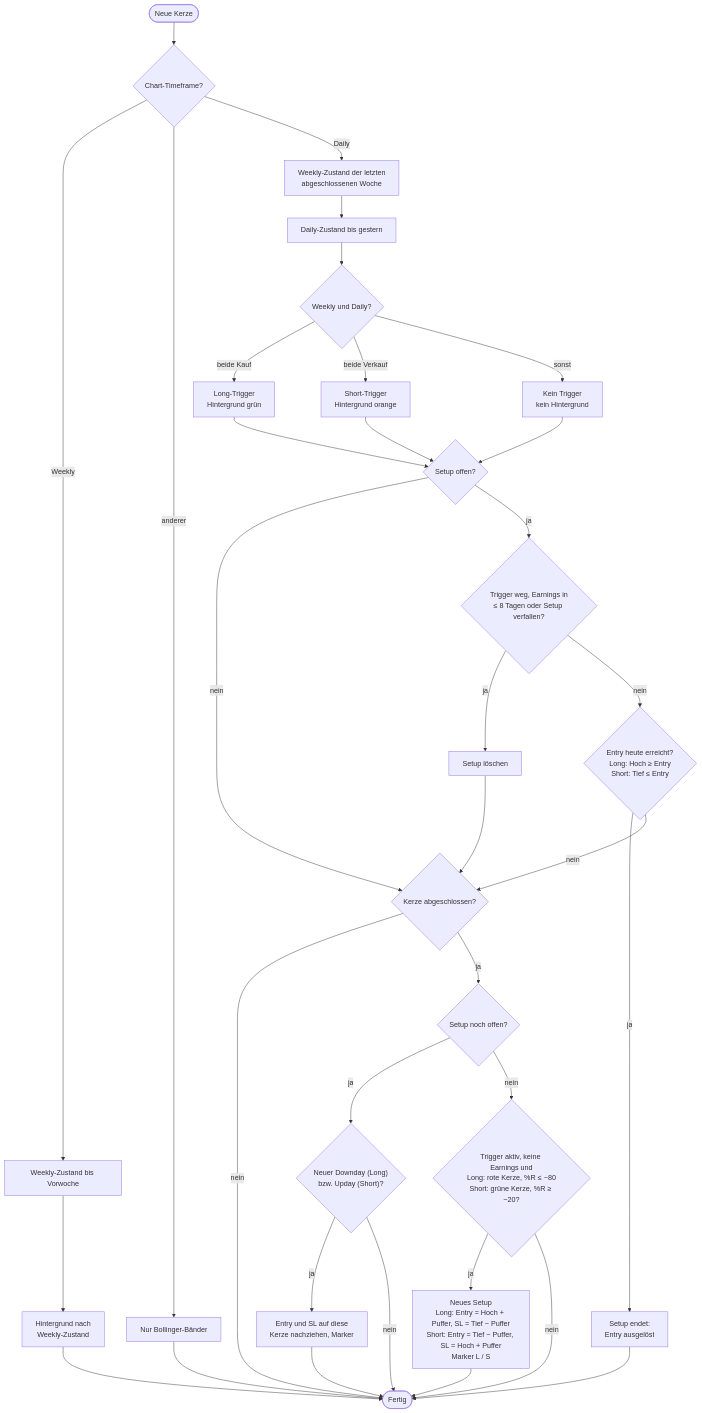
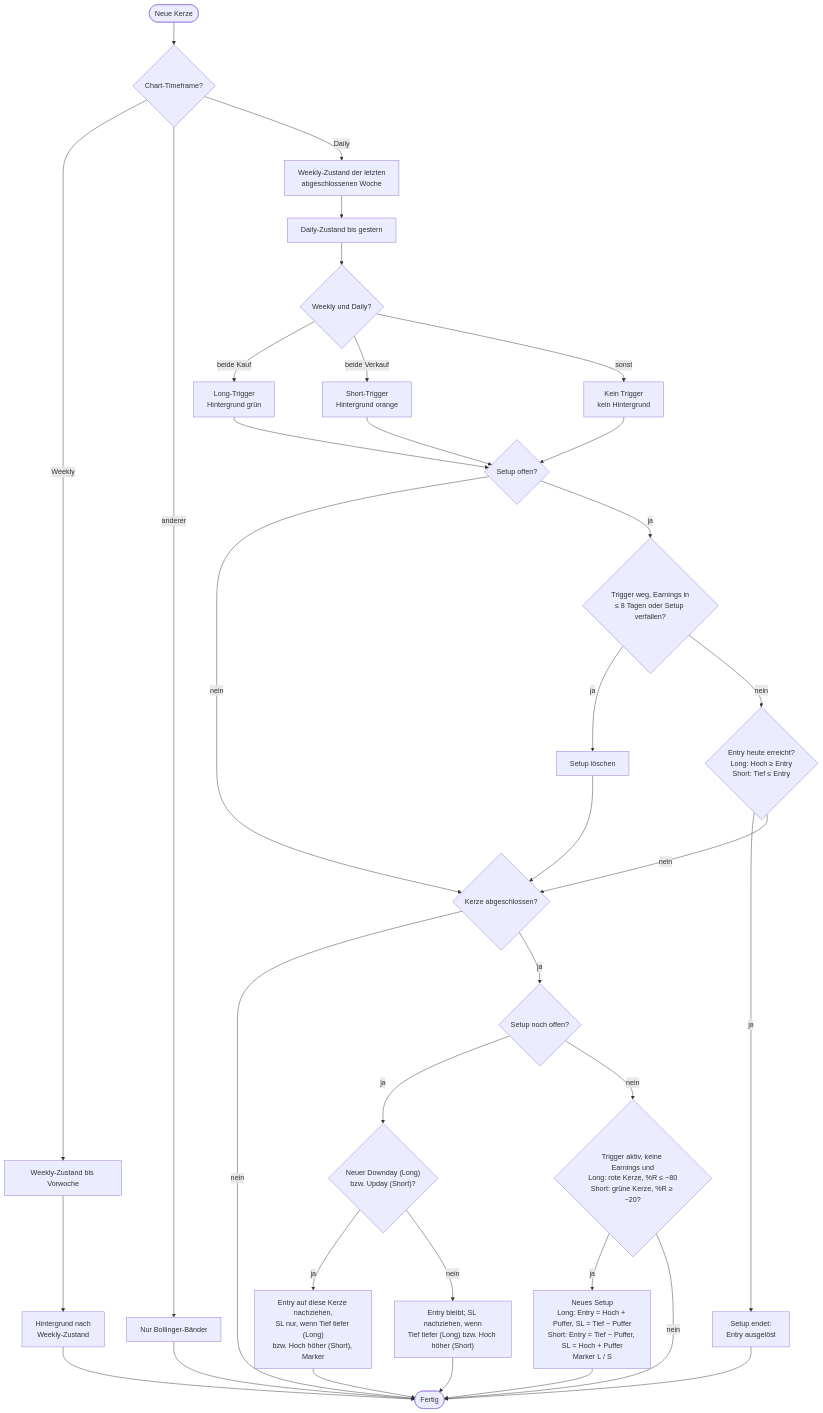
One commit to bbccd/AKJ2 changed the second of 2 diagrams in README.md. Above: the diagram before and after it, drawn with Mermaid. The commit also changed other lines of this file and 2 other files, not shown here.

Commit message:
SL unter dem tiefsten Punkt der Bewegung seit der ersten Signalkerze
Auch Kerzen ohne Signal (Long: grün, Short: rot) ziehen den SL nach, wenn
sie ein neues Tief bzw. Hoch bilden. Der SL wandert nur nach unten (Long)
bzw. oben (Short), nie zurück in die Bewegung – auch nicht bei einem
neuen Downday mit höherem Tief (Guide hier unklar, mit Nutzer so
festgelegt). Entry folgt weiterhin nur Signalkerzen. Geprüft an AMZN
15.10.

````diff
--- a/README.md
+++ b/README.md
@@ -39,39 +39,40 @@
 ```mermaid
 flowchart TD
     Start(["Neue Kerze"]) --> TF{"Chart-Timeframe?"}
     TF -- "Weekly" --> W1["Weekly-Zustand bis Vorwoche"]
     W1 --> W2["Hintergrund nach<br/>Weekly-Zustand"]
     W2 --> Ende(["Fertig"])
     TF -- "anderer" --> X["Nur Bollinger-Bänder"]
     X --> Ende
 
     TF -- "Daily" --> D1["Weekly-Zustand der letzten<br/>abgeschlossenen Woche"]
     D1 --> D2["Daily-Zustand bis gestern"]
     D2 --> T{"Weekly und Daily?"}
     T -- "beide Kauf" --> TL["Long-Trigger<br/>Hintergrund grün"]
     T -- "beide Verkauf" --> TS["Short-Trigger<br/>Hintergrund orange"]
     T -- "sonst" --> TN["Kein Trigger<br/>kein Hintergrund"]
     TL --> O
     TS --> O
     TN --> O
 
     O{"Setup offen?"} -- "nein" --> K
     O -- "ja" --> C{"Trigger weg, Earnings in<br/>≤ 8 Tagen oder Setup verfallen?"}
     C -- "ja" --> CX["Setup löschen"]
     CX --> K
     C -- "nein" --> F{"Entry heute erreicht?<br/>Long: Hoch ≥ Entry<br/>Short: Tief ≤ Entry"}
     F -- "ja" --> FX["Setup endet:<br/>Entry ausgelöst"]
     FX --> Ende
     F -- "nein" --> K
 
     K{"Kerze abgeschlossen?"} -- "nein" --> Ende
     K -- "ja" --> M{"Setup noch offen?"}
     M -- "ja" --> MV{"Neuer Downday (Long)<br/>bzw. Upday (Short)?"}
-    MV -- "ja" --> MVX["Entry und SL auf diese<br/>Kerze nachziehen, Marker"]
-    MV -- "nein" --> Ende
+    MV -- "ja" --> MVX["Entry auf diese Kerze nachziehen,<br/>SL nur, wenn Tief tiefer (Long)<br/>bzw. Hoch höher (Short), Marker"]
+    MV -- "nein" --> SLX["Entry bleibt; SL nachziehen, wenn<br/>Tief tiefer (Long) bzw. Hoch höher (Short)"]
+    SLX --> Ende
     MVX --> Ende
     M -- "nein" --> NS{"Trigger aktiv, keine Earnings und<br/>Long: rote Kerze, %R ≤ −80<br/>Short: grüne Kerze, %R ≥ −20?"}
     NS -- "ja" --> NSX["Neues Setup<br/>Long: Entry = Hoch + Puffer, SL = Tief − Puffer<br/>Short: Entry = Tief − Puffer, SL = Hoch + Puffer<br/>Marker L / S"]
     NS -- "nein" --> Ende
     NSX --> Ende
 ```
````
